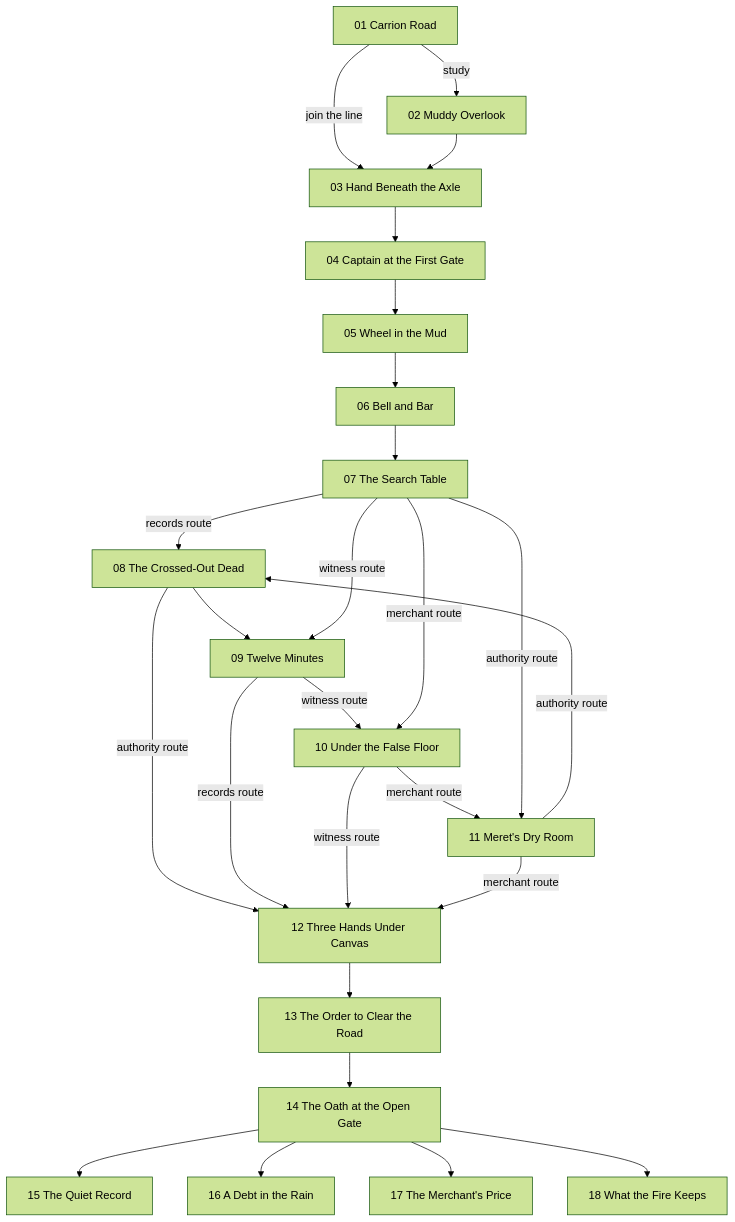
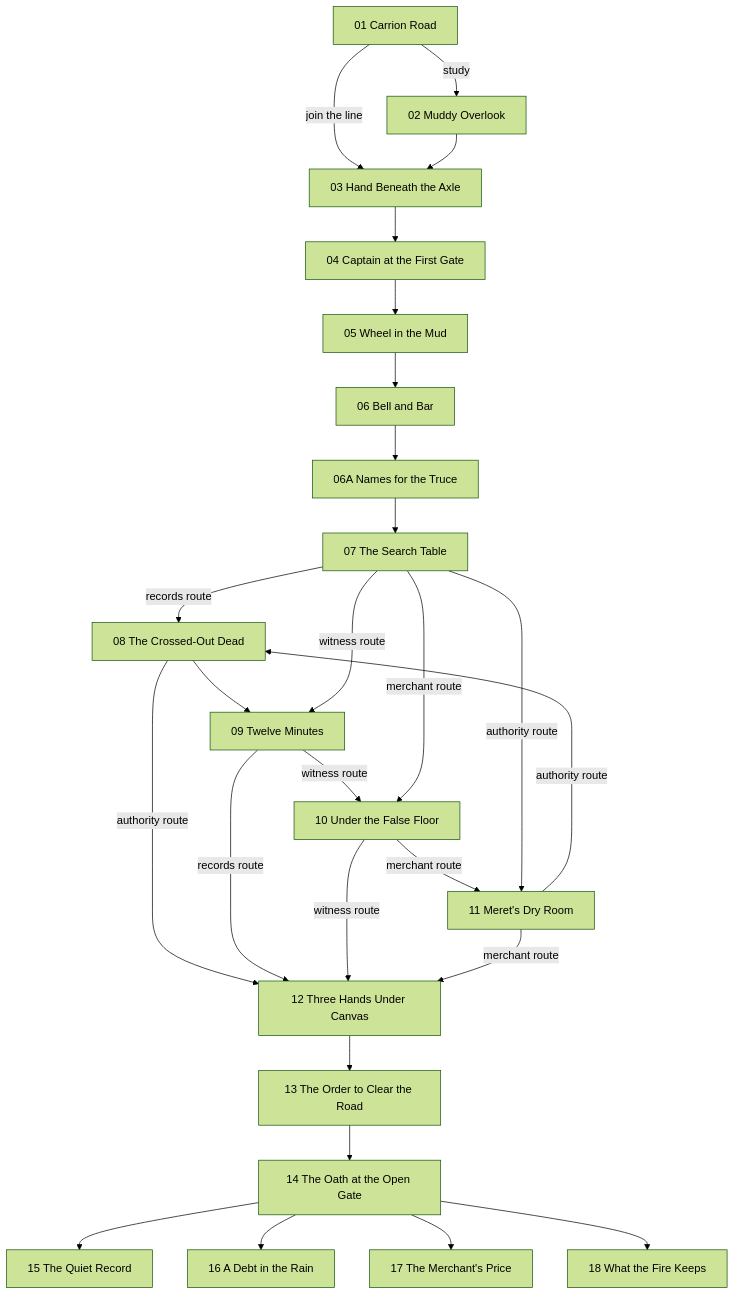
Before and after one commit to qtval/ashen-oath-web: the diagram in docs/CHAPTER_01_BEAT_SHEET.md, drawn with Mermaid (forest theme). The commit also changed other lines of this file and 7 other files, not shown here.

````diff
--- a/docs/CHAPTER_01_BEAT_SHEET.md
+++ b/docs/CHAPTER_01_BEAT_SHEET.md
@@ -126,28 +127,29 @@
 ```mermaid
 flowchart TD
     S01["01 Carrion Road"] -->|study| S02["02 Muddy Overlook"]
     S01 -->|join the line| S03["03 Hand Beneath the Axle"]
     S02 --> S03
     S03 --> S04["04 Captain at the First Gate"]
     S04 --> S05["05 Wheel in the Mud"]
     S05 --> S06["06 Bell and Bar"]
-    S06 --> S07["07 The Search Table"]
+    S06 --> S06A["06A Names for the Truce"]
+    S06A --> S07["07 The Search Table"]
     S07 -->|records route| S08["08 The Crossed-Out Dead"]
     S08 --> S09["09 Twelve Minutes"]
     S07 -->|witness route| S09
     S09 -->|witness route| S10["10 Under the False Floor"]
     S07 -->|merchant route| S10
     S10 -->|merchant route| S11["11 Meret's Dry Room"]
     S07 -->|authority route| S11
     S11 -->|authority route| S08
     S08 -->|authority route| S12["12 Three Hands Under Canvas"]
     S09 -->|records route| S12
     S10 -->|witness route| S12
     S11 -->|merchant route| S12
     S12 --> S13["13 The Order to Clear the Road"]
     S13 --> S14["14 The Oath at the Open Gate"]
     S14 --> E1["15 The Quiet Record"]
     S14 --> E2["16 A Debt in the Rain"]
     S14 --> E3["17 The Merchant's Price"]
     S14 --> E4["18 What the Fire Keeps"]
 ```
````
